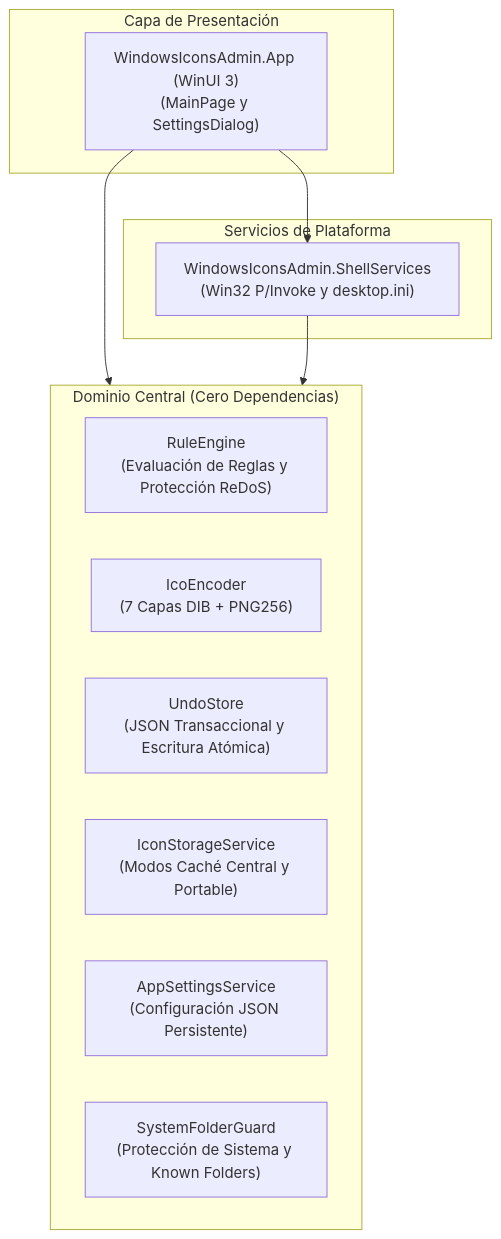
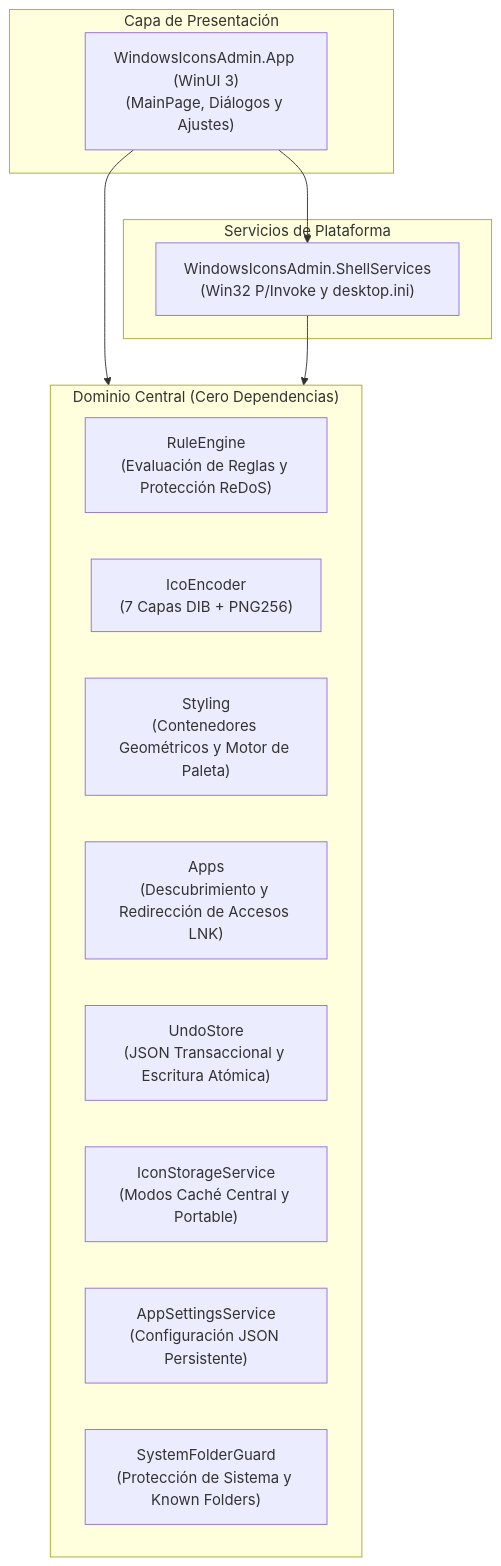
One commit to AnaCataVC/windows-icons-admin changed the diagram in README.es.md. Above: the diagram before and after it, drawn with Mermaid. The commit also changed other lines of this file and 5 other files, not shown here.

````diff
--- a/README.es.md
+++ b/README.es.md
@@ -44,23 +44,25 @@
 ```mermaid
 flowchart TD
     subgraph UI ["Capa de Presentación"]
-        App["WindowsIconsAdmin.App (WinUI 3)<br/>(MainPage y SettingsDialog)"]
+        App["WindowsIconsAdmin.App (WinUI 3)<br/>(MainPage, Diálogos y Ajustes)"]
     end
 
     subgraph Shell ["Servicios de Plataforma"]
         ShellSvc["WindowsIconsAdmin.ShellServices<br/>(Win32 P/Invoke y desktop.ini)"]
     end
 
     subgraph Core ["Dominio Central (Cero Dependencias)"]
         Rules["RuleEngine<br/>(Evaluación de Reglas y Protección ReDoS)"]
         Imaging["IcoEncoder<br/>(7 Capas DIB + PNG256)"]
+        Styling["Styling<br/>(Contenedores Geométricos y Motor de Paleta)"]
+        Apps["Apps<br/>(Descubrimiento y Redirección de Accesos LNK)"]
         History["UndoStore<br/>(JSON Transaccional y Escritura Atómica)"]
         Storage["IconStorageService<br/>(Modos Caché Central y Portable)"]
         Settings["AppSettingsService<br/>(Configuración JSON Persistente)"]
         Safety["SystemFolderGuard<br/>(Protección de Sistema y Known Folders)"]
     end
 
     App --> ShellSvc
     App --> Core
     ShellSvc --> Core
 ```
````
